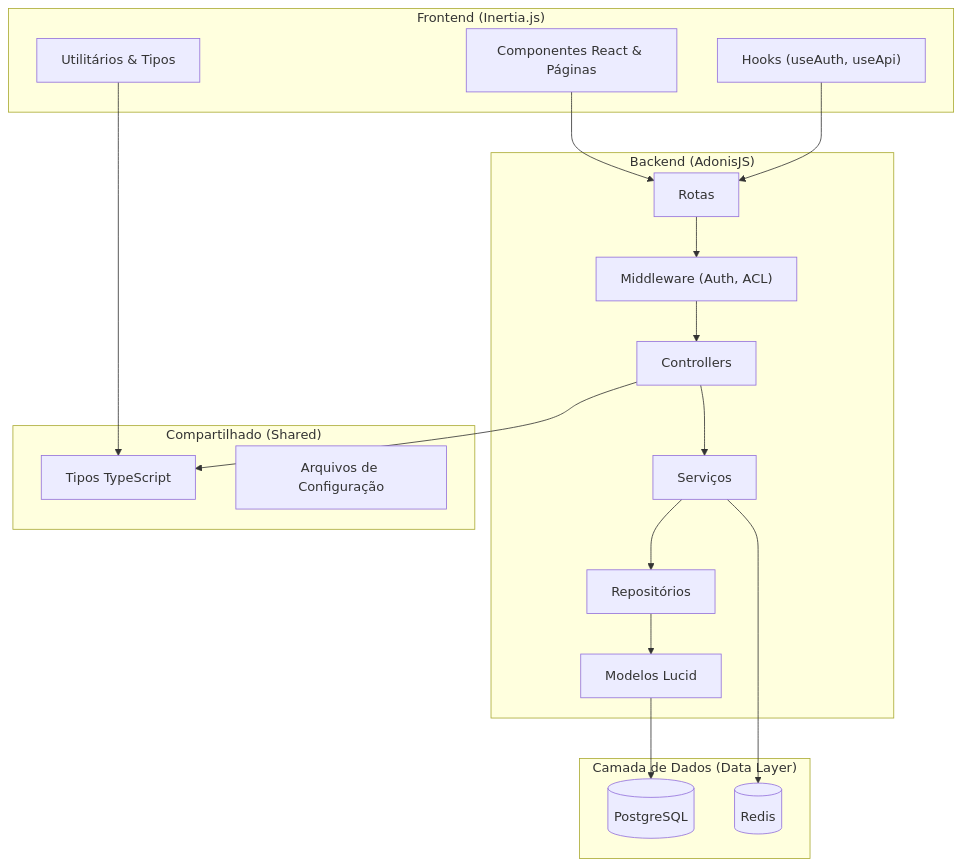
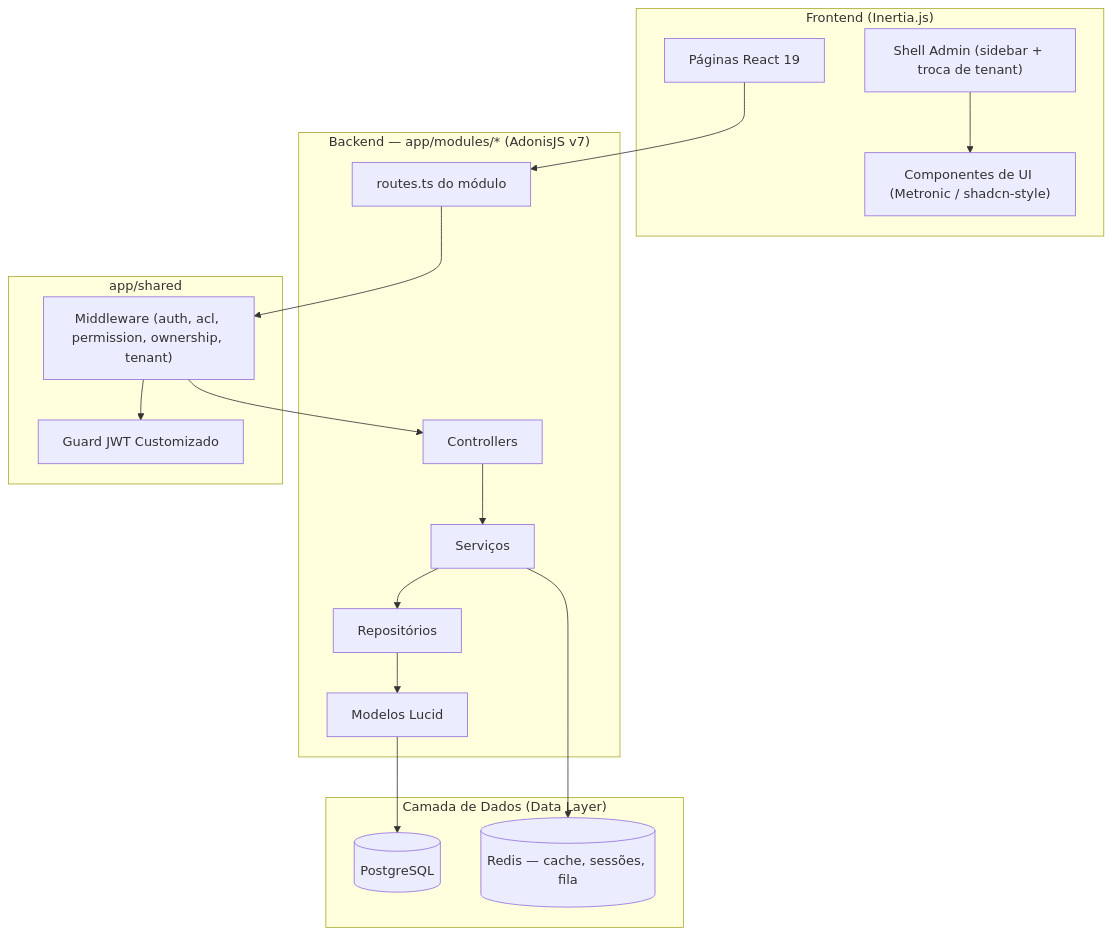
Before and after one commit to gabrielmaialva33/adonis-web-kit: the diagram in README-pt.md, drawn with Mermaid. The commit also changed other lines of this file and 3 other files, not shown here.

````diff
--- a/README-pt.md
+++ b/README-pt.md
@@ -42,41 +47,38 @@
 ```mermaid
 graph TD
     subgraph "Frontend (Inertia.js)"
-        FE_UI[Componentes React & Páginas]
-        FE_HOOKS["Hooks (useAuth, useApi)"]
-        FE_UTILS[Utilitários & Tipos]
+        FE_UI[Páginas React 19]
+        FE_LAYOUT["Shell Admin (sidebar + troca de tenant)"]
+        FE_COMPONENTS["Componentes de UI (Metronic / shadcn-style)"]
     end
 
-    subgraph "Backend (AdonisJS)"
-        BE_ROUTES[Rotas]
-        BE_MW["Middleware (Auth, ACL)"]
+    subgraph "Backend — app/modules/* (AdonisJS v7)"
+        BE_ROUTES["routes.ts do módulo"]
         BE_CTRL[Controllers]
         BE_SERVICES[Serviços]
         BE_REPOS[Repositórios]
         BE_MODELS[Modelos Lucid]
     end
 
-    subgraph "Compartilhado (Shared)"
-        SHARED_TYPES[Tipos TypeScript]
-        SHARED_CONFIG[Arquivos de Configuração]
+    subgraph "app/shared"
+        SH_MW["Middleware (auth, acl, permission, ownership, tenant)"]
+        SH_JWT[Guard JWT Customizado]
     end
 
     subgraph "Camada de Dados (Data Layer)"
         DB[(PostgreSQL)]
-        CACHE[(Redis)]
+        CACHE[(Redis — cache, sessões, fila)]
     end
 
     FE_UI --> BE_ROUTES
-    BE_ROUTES --> BE_MW
-    BE_MW --> BE_CTRL
+    FE_LAYOUT --> FE_COMPONENTS
+    BE_ROUTES --> SH_MW
+    SH_MW --> SH_JWT
+    SH_MW --> BE_CTRL
     BE_CTRL --> BE_SERVICES
     BE_SERVICES --> BE_REPOS
     BE_REPOS --> BE_MODELS
     BE_MODELS --> DB
 
     BE_SERVICES --> CACHE
-    FE_HOOKS --> BE_ROUTES
-
-    FE_UTILS --> SHARED_TYPES
-    BE_CTRL --> SHARED_TYPES
 ```
````
